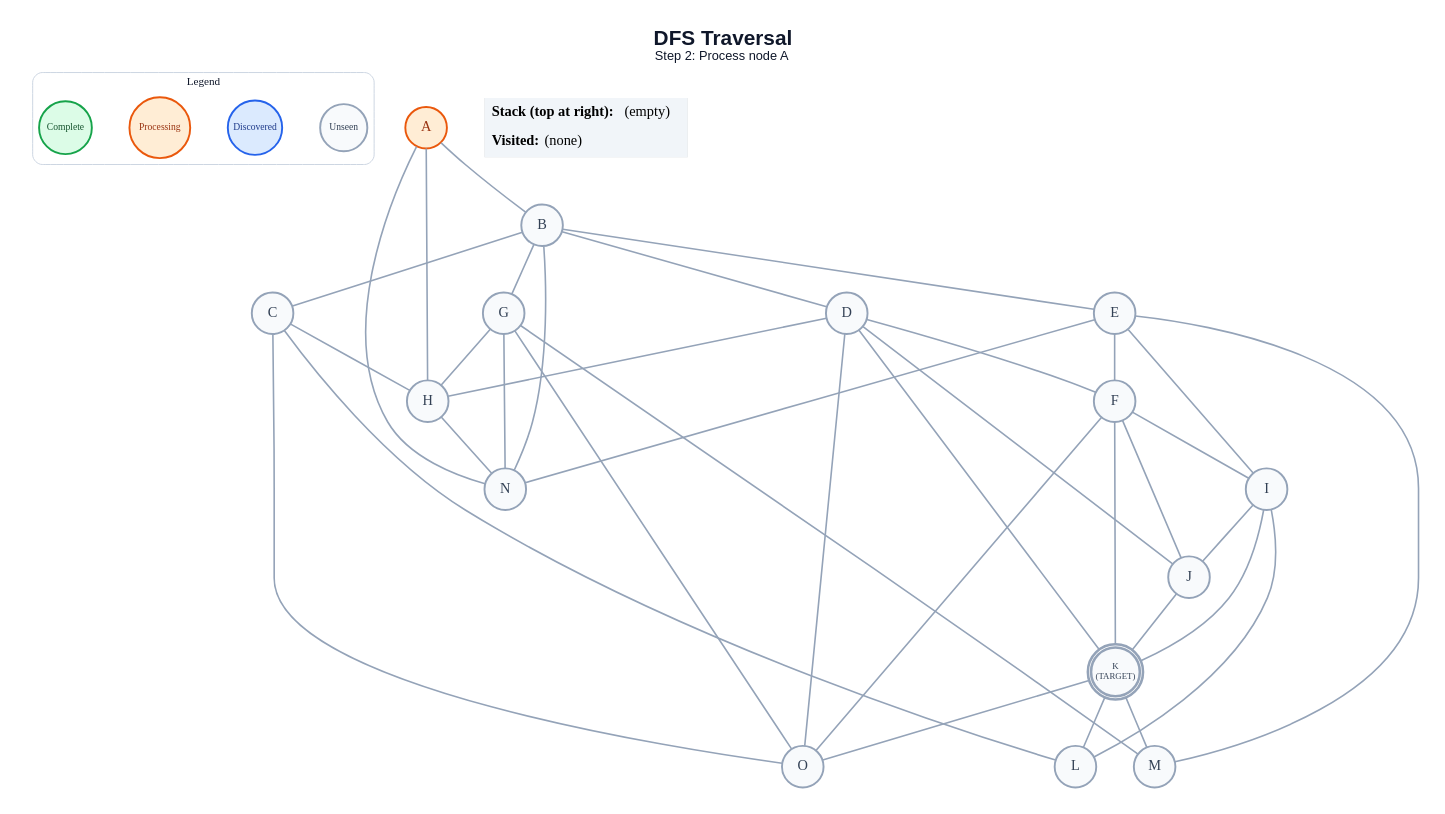
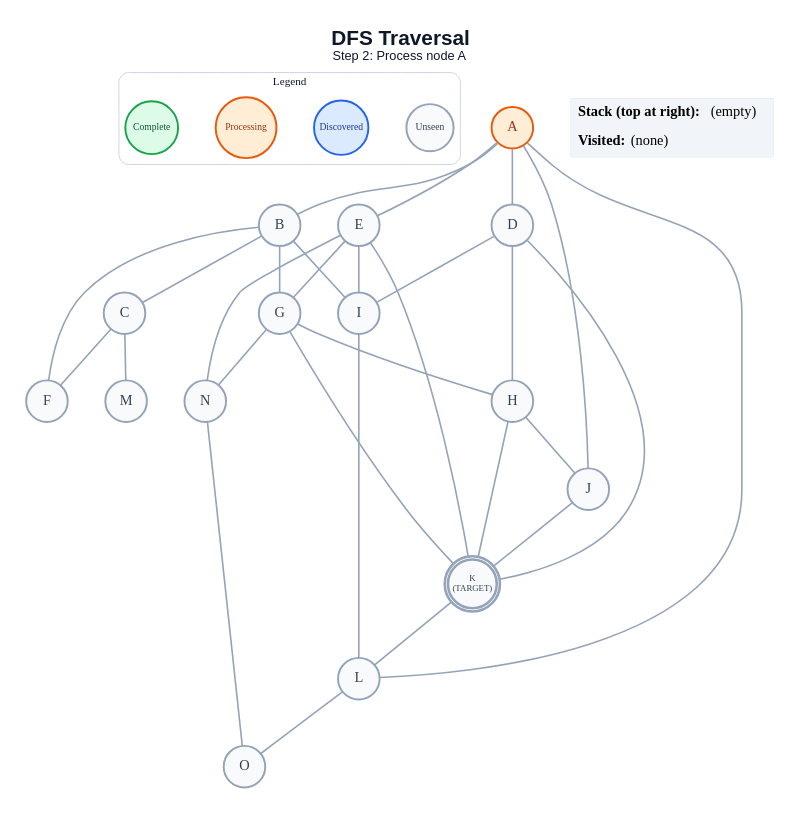
The diagram in generated/dfs/step_02.dot (anon7238593-create/ai-slop), drawn with Graphviz before and after one commit. The commit also changed 253 other files, not shown here.

```diff
--- a/generated/dfs/step_02.dot
+++ b/generated/dfs/step_02.dot
@@ -1,70 +1,62 @@
 graph traversal {
   graph [layout=dot, rankdir=TB, bgcolor="#FFFFFF", pad="0.35", nodesep="0.65", ranksep="0.8", fontname="Arial"];
   node [shape=circle, style="filled", fontname="Arial Bold", fontsize=18, width=0.72, fixedsize=true, penwidth=2.4];
   edge [color="#94A3B8", penwidth=2.0];
   label=<<B>DFS Traversal</B><BR/><FONT POINT-SIZE="16">Step 2: Process node A</FONT>>; labelloc="t"; fontsize=26; fontname="Arial"; fontcolor="#0F172A";
   subgraph cluster_legend { label="Legend"; color="#CBD5E1"; penwidth=1.2; style="rounded"; fontsize=14; fontname="Arial Bold";
     key_unseen [label="Unseen", fillcolor="#F8FAFC", color="#94A3B8", fontcolor="#334155", fontsize=12, width=0.82];
     key_frontier [label="Discovered", fillcolor="#DBEAFE", color="#2563EB", fontcolor="#1E3A8A", fontsize=12, width=0.95];
     key_current [label="Processing", fillcolor="#FFEDD5", color="#EA580C", fontcolor="#9A3412", fontsize=12, width=1.05];
     key_done [label="Complete", fillcolor="#DCFCE7", color="#16A34A", fontcolor="#14532D", fontsize=12, width=0.92];
     { rank=same; key_unseen; key_frontier; key_current; key_done; }
   }
   A [label="A", fillcolor="#FFEDD5", color="#EA580C", fontcolor="#9A3412", peripheries=1, penwidth=2.4];
   B [label="B", fillcolor="#F8FAFC", color="#94A3B8", fontcolor="#334155", peripheries=1, penwidth=2.4];
   C [label="C", fillcolor="#F8FAFC", color="#94A3B8", fontcolor="#334155", peripheries=1, penwidth=2.4];
   D [label="D", fillcolor="#F8FAFC", color="#94A3B8", fontcolor="#334155", peripheries=1, penwidth=2.4];
   E [label="E", fillcolor="#F8FAFC", color="#94A3B8", fontcolor="#334155", peripheries=1, penwidth=2.4];
   F [label="F", fillcolor="#F8FAFC", color="#94A3B8", fontcolor="#334155", peripheries=1, penwidth=2.4];
   G [label="G", fillcolor="#F8FAFC", color="#94A3B8", fontcolor="#334155", peripheries=1, penwidth=2.4];
   H [label="H", fillcolor="#F8FAFC", color="#94A3B8", fontcolor="#334155", peripheries=1, penwidth=2.4];
   I [label="I", fillcolor="#F8FAFC", color="#94A3B8", fontcolor="#334155", peripheries=1, penwidth=2.4];
   J [label="J", fillcolor="#F8FAFC", color="#94A3B8", fontcolor="#334155", peripheries=1, penwidth=2.4];
   K [label="K\n(TARGET)", fillcolor="#F8FAFC", color="#94A3B8", fontcolor="#334155", peripheries=2, penwidth=3.2, fontsize=11, width=0.85, height=0.85];
   L [label="L", fillcolor="#F8FAFC", color="#94A3B8", fontcolor="#334155", peripheries=1, penwidth=2.4];
   M [label="M", fillcolor="#F8FAFC", color="#94A3B8", fontcolor="#334155", peripheries=1, penwidth=2.4];
   N [label="N", fillcolor="#F8FAFC", color="#94A3B8", fontcolor="#334155", peripheries=1, penwidth=2.4];
   O [label="O", fillcolor="#F8FAFC", color="#94A3B8", fontcolor="#334155", peripheries=1, penwidth=2.4];
   A -- B;
-  A -- H;
-  A -- N;
+  A -- D;
+  A -- E;
+  A -- J;
+  A -- L;
   B -- C;
-  B -- D;
-  B -- E;
+  B -- F;
   B -- G;
-  B -- N;
-  C -- H;
-  C -- L;
-  C -- O;
-  D -- F;
+  B -- I;
+  C -- F;
+  C -- M;
   D -- H;
-  D -- J;
+  D -- I;
   D -- K;
-  D -- O;
-  E -- F;
+  E -- G;
   E -- I;
-  E -- M;
+  E -- K;
   E -- N;
-  F -- I;
-  F -- J;
-  F -- K;
-  F -- O;
   G -- H;
-  G -- M;
+  G -- K;
   G -- N;
-  G -- O;
-  H -- N;
-  I -- J;
-  I -- K;
+  H -- J;
+  H -- K;
   I -- L;
   J -- K;
   K -- L;
-  K -- M;
-  K -- O;
+  L -- O;
+  N -- O;
   status [shape=plain, fixedsize=false, width=0, height=0, margin=0, label=<
     <TABLE BORDER="0" CELLBORDER="0" CELLPADDING="7" BGCOLOR="#F1F5F9">
       <TR><TD ALIGN="LEFT"><B>Stack (top at right):</B> (empty)</TD></TR>
       <TR><TD ALIGN="LEFT"><B>Visited:</B> (none)</TD></TR>
     </TABLE>
   >];
 }
```
